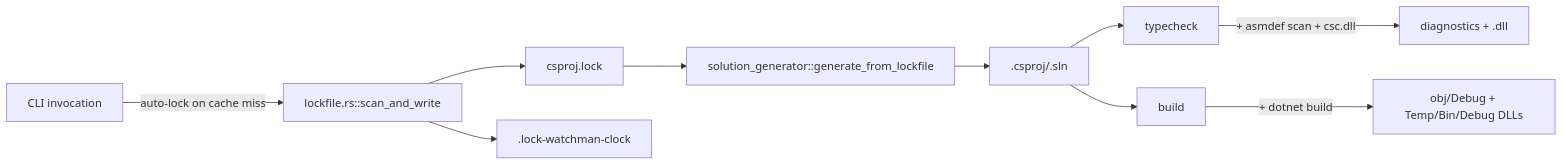
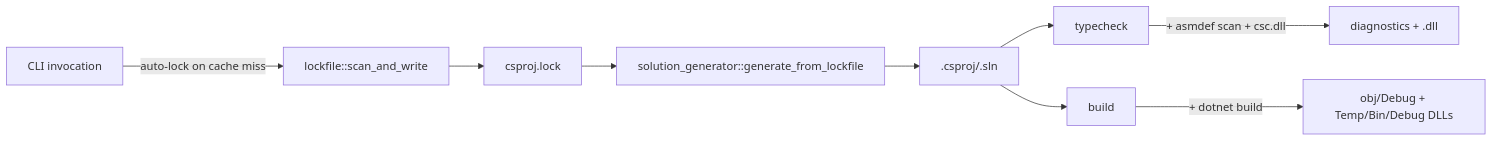
Before and after one commit to studio-boxcat/unity-solution-generator: the first of 2 diagrams in docs/architecture.md, drawn with Mermaid. The commit also changed other lines of this file and 25 other files, not shown here.

````diff
--- a/docs/architecture.md
+++ b/docs/architecture.md
@@ -70,12 +69,11 @@
 ```mermaid
 graph LR
-    inv[CLI invocation] -->|auto-lock on cache miss| L[lockfile.rs::scan_and_write]
+    inv[CLI invocation] -->|auto-lock on cache miss| L[lockfile::scan_and_write]
     L --> B[csproj.lock]
-    L --> CLK[.lock-watchman-clock]
     B --> R[solution_generator::generate_from_lockfile]
     R --> D[.csproj/.sln]
     D --> T[typecheck]
     D --> X[build]
     T -->|+ asmdef scan + csc.dll| E[diagnostics + .dll]
     X -->|+ dotnet build| F[obj/Debug + Temp/Bin/Debug DLLs]
 ```
````
